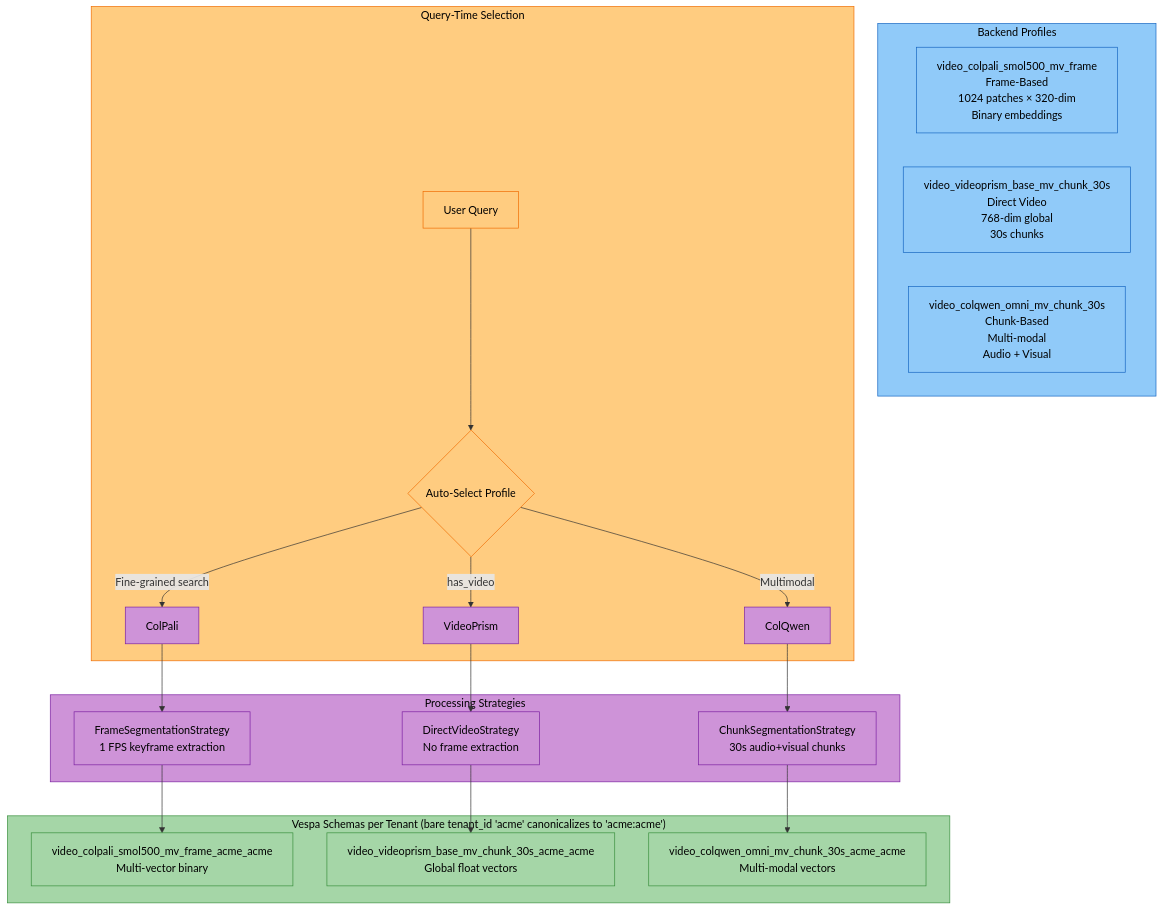
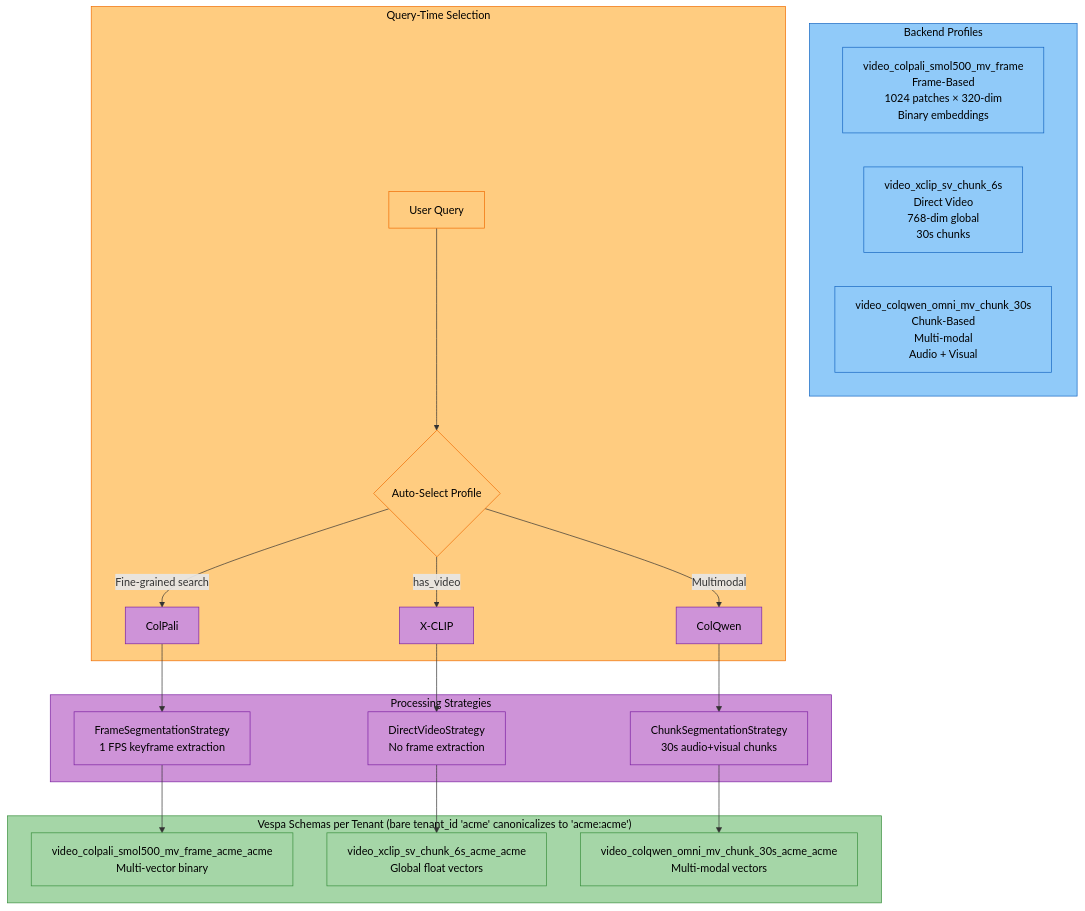
Before and after one commit to amit-jain/cogniverse: the fifth of 9 diagrams in docs/modules/backends.md, drawn with Mermaid. The commit also changed other lines of this file and 168 other files, not shown here.

First line of the commit message:
Remove VideoPrism; X-CLIP is the video embedder

````diff
--- a/docs/modules/backends.md
+++ b/docs/modules/backends.md
@@ -648,46 +648,46 @@
 ```mermaid
 flowchart TB
     subgraph Profiles["<span style='color:#000'>Backend Profiles</span>"]
         ColPali["<span style='color:#000'>video_colpali_smol500_mv_frame<br/>Frame-Based<br/>1024 patches × 320-dim<br/>Binary embeddings</span>"]
-        VideoPrism["<span style='color:#000'>video_videoprism_base_mv_chunk_30s<br/>Direct Video<br/>768-dim global<br/>30s chunks</span>"]
+        X-CLIP["<span style='color:#000'>video_xclip_sv_chunk_6s<br/>Direct Video<br/>768-dim global<br/>30s chunks</span>"]
         ColQwen["<span style='color:#000'>video_colqwen_omni_mv_chunk_30s<br/>Chunk-Based<br/>Multi-modal<br/>Audio + Visual</span>"]
     end
 
     subgraph QueryTime["<span style='color:#000'>Query-Time Selection</span>"]
         Query["<span style='color:#000'>User Query</span>"] --> AutoSelect{"<span style='color:#000'>Auto-Select Profile</span>"}
-        AutoSelect -->|has_video| SelectVideoPrism
+        AutoSelect -->|has_video| SelectX-CLIP
         AutoSelect -->|Fine-grained search| SelectColPali
         AutoSelect -->|Multimodal| SelectColQwen
     end
 
     subgraph Strategies["<span style='color:#000'>Processing Strategies</span>"]
         SelectColPali["<span style='color:#000'>ColPali</span>"] --> FrameSeg["<span style='color:#000'>FrameSegmentationStrategy<br/>1 FPS keyframe extraction</span>"]
-        SelectVideoPrism["<span style='color:#000'>VideoPrism</span>"] --> DirectVideo["<span style='color:#000'>DirectVideoStrategy<br/>No frame extraction</span>"]
+        SelectX-CLIP["<span style='color:#000'>X-CLIP</span>"] --> DirectVideo["<span style='color:#000'>DirectVideoStrategy<br/>No frame extraction</span>"]
         SelectColQwen["<span style='color:#000'>ColQwen</span>"] --> ChunkSeg["<span style='color:#000'>ChunkSegmentationStrategy<br/>30s audio+visual chunks</span>"]
     end
 
     subgraph VespaSchemas["<span style='color:#000'>Vespa Schemas per Tenant (bare tenant_id 'acme' canonicalizes to 'acme:acme')</span>"]
         FrameSeg --> ColPaliSchema["<span style='color:#000'>video_colpali_smol500_mv_frame_acme_acme<br/>Multi-vector binary</span>"]
-        DirectVideo --> VideoPrismSchema["<span style='color:#000'>video_videoprism_base_mv_chunk_30s_acme_acme<br/>Global float vectors</span>"]
+        DirectVideo --> X-CLIPSchema["<span style='color:#000'>video_xclip_sv_chunk_6s_acme_acme<br/>Global float vectors</span>"]
         ChunkSeg --> ColQwenSchema["<span style='color:#000'>video_colqwen_omni_mv_chunk_30s_acme_acme<br/>Multi-modal vectors</span>"]
     end
 
     style Profiles fill:#90caf9,stroke:#1565c0,color:#000
     style QueryTime fill:#ffcc80,stroke:#ef6c00,color:#000
     style Strategies fill:#ce93d8,stroke:#7b1fa2,color:#000
     style VespaSchemas fill:#a5d6a7,stroke:#388e3c,color:#000
     style ColPali fill:#90caf9,stroke:#1565c0,color:#000
-    style VideoPrism fill:#90caf9,stroke:#1565c0,color:#000
+    style X-CLIP fill:#90caf9,stroke:#1565c0,color:#000
     style ColQwen fill:#90caf9,stroke:#1565c0,color:#000
     style Query fill:#ffcc80,stroke:#ef6c00,color:#000
     style AutoSelect fill:#ffcc80,stroke:#ef6c00,color:#000
     style SelectColPali fill:#ce93d8,stroke:#7b1fa2,color:#000
-    style SelectVideoPrism fill:#ce93d8,stroke:#7b1fa2,color:#000
+    style SelectX-CLIP fill:#ce93d8,stroke:#7b1fa2,color:#000
     style SelectColQwen fill:#ce93d8,stroke:#7b1fa2,color:#000
     style FrameSeg fill:#ce93d8,stroke:#7b1fa2,color:#000
     style DirectVideo fill:#ce93d8,stroke:#7b1fa2,color:#000
     style ChunkSeg fill:#ce93d8,stroke:#7b1fa2,color:#000
     style ColPaliSchema fill:#a5d6a7,stroke:#388e3c,color:#000
-    style VideoPrismSchema fill:#a5d6a7,stroke:#388e3c,color:#000
+    style X-CLIPSchema fill:#a5d6a7,stroke:#388e3c,color:#000
     style ColQwenSchema fill:#a5d6a7,stroke:#388e3c,color:#000
 ```
````
